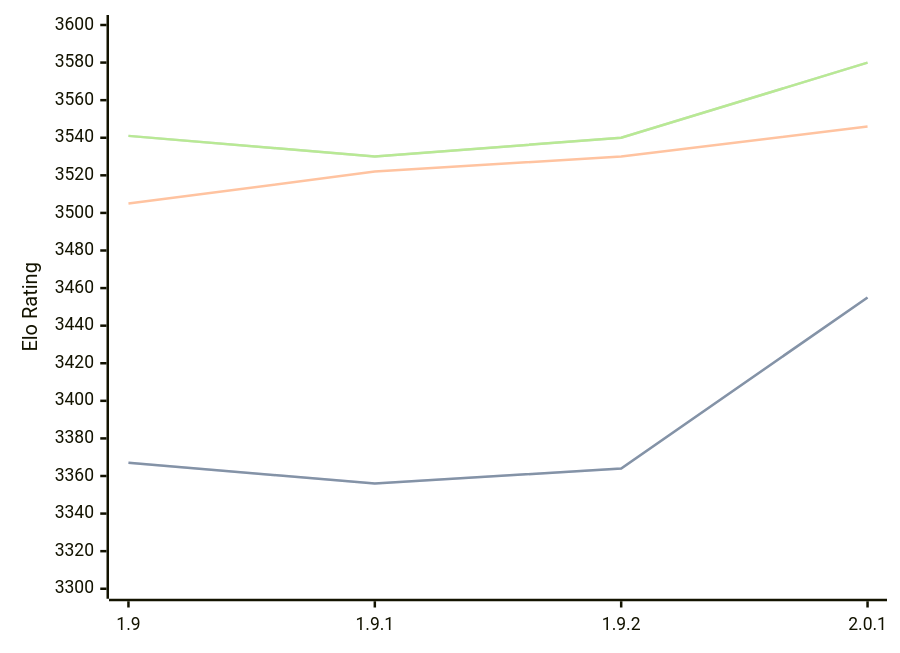
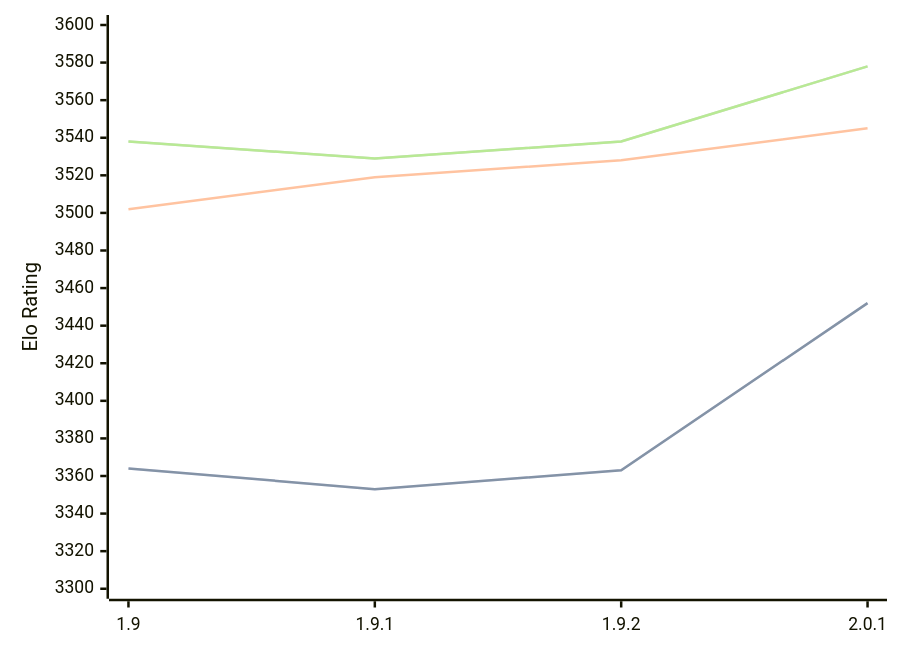
One commit to computer-chess-index/cci changed the diagram in engines/Pawnocchio.md. Above: the diagram before and after it, drawn with Mermaid. The commit also changed other lines of this file, not shown here.

Commit message:
Update CCI Ratings (ELO VLTC) - 2026-08-12

````diff
--- a/engines/Pawnocchio.md
+++ b/engines/Pawnocchio.md
@@ -36,11 +36,11 @@
 ```mermaid
 %%{init: {"theme":"base","themeVariables":{"seriesColors:['#a3a3a3','#222221','#faa371']}}}%%
 xychart-beta
   x-axis ["1.9", "1.9.1", "1.9.2", "2.0.1"]
   y-axis "Elo Rating" 3300 --> 3600
-  line "STC (8.0+0.08s)" [3367, 3356, 3364, 3455]
-  line "STC (8.0+0.08s)" [3367, 3356, 3364, 3455]
-  line "LTC (60.0+0.60s)" [3505, 3522, 3530, 3546]
-  line "VLTC (2m24s+1.12s)" [3541, 3530, 3540, 3580]
-  line "VLTC (2m24s+1.12s)" [3541, 3530, 3540, 3580]
+  line "STC (8.0+0.08s)" [3364, 3353, 3363, 3452]
+  line "STC (8.0+0.08s)" [3364, 3353, 3363, 3452]
+  line "LTC (60.0+0.60s)" [3502, 3519, 3528, 3545]
+  line "VLTC (2m24s+1.12s)" [3538, 3529, 3538, 3578]
+  line "VLTC (2m24s+1.12s)" [3538, 3529, 3538, 3578]
 ```
````
